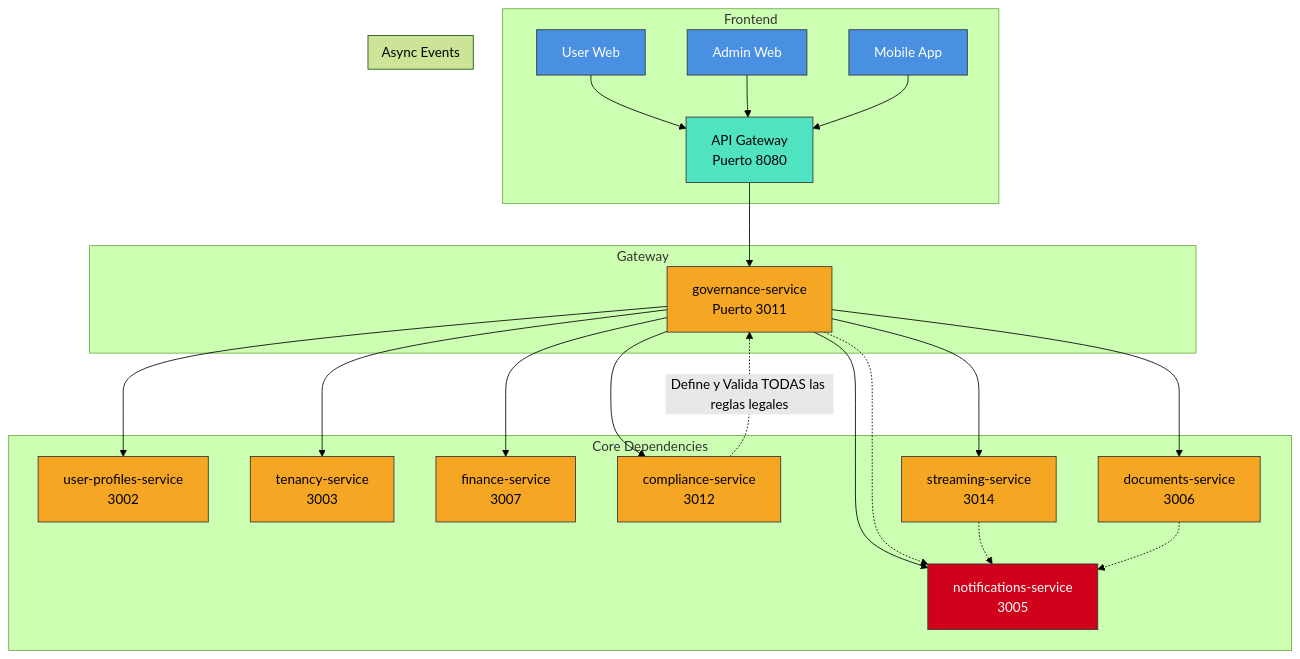
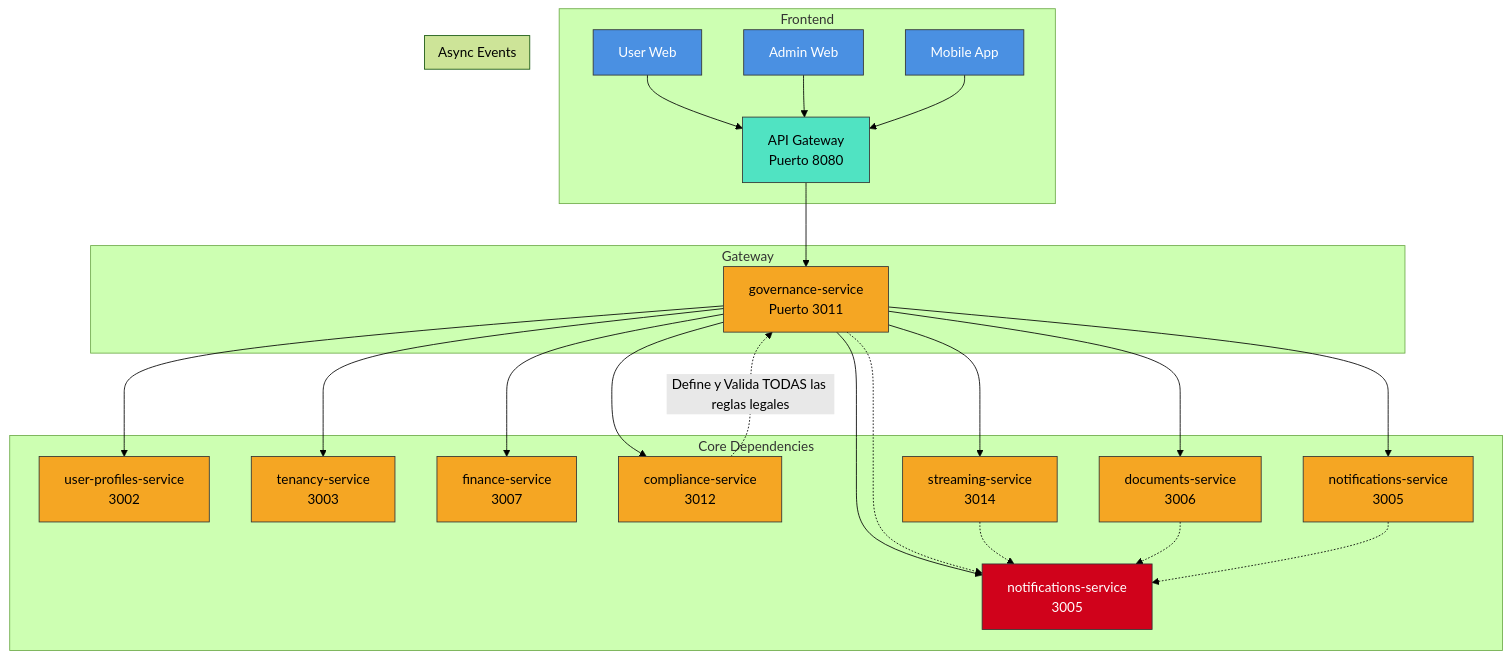
The diagram in governance-service.md (latamteks-cmyk/Spec), drawn with Mermaid (forest theme) before and after one commit. The commit also changed other lines of this file, not shown here.

````diff
--- a/governance-service.md
+++ b/governance-service.md
@@ -40,33 +44,35 @@
 ```mermaid
 graph TD
     subgraph Frontend
         F1[User Web] --> G
         F2[Admin Web] --> G
         F3[Mobile App] --> G
     end
     subgraph Gateway
         G[API Gateway<br/>Puerto 8080] --> GS[governance-service<br/>Puerto 3011]
     end
     subgraph Core Dependencies
         GS --> US[user-profiles-service<br/>3002]
         GS --> TS[tenancy-service<br/>3003]
         GS --> FS[finance-service<br/>3007]
         GS --> CS[compliance-service<br/>3012] -. Define y Valida TODAS las reglas legales .-> GS
         GS --> DS[documents-service<br/>3006]
         GS --> NS[notifications-service<br/>3005]
         GS --> SS[streaming-service<br/>3014]
+        GS --> COMM[notifications-service<br/>3005]
     end
     subgraph Async Events
         GS -.-> NS
         SS -.-> NS
         DS -.-> NS
+        COMM -.-> NS
     end
     classDef frontend fill:#4A90E2,stroke:#333,color:white;
     classDef gateway fill:#50E3C2,stroke:#333,color:black;
     classDef service fill:#F5A623,stroke:#333,color:black;
     classDef async fill:#D0021B,stroke:#333,color:white;
     class F1,F2,F3 frontend
     class G gateway
-    class GS,US,TS,FS,CS,DS,NS,SS service
+    class GS,US,TS,FS,CS,DS,NS,SS,COMM service
     class NS async
 ```
````
